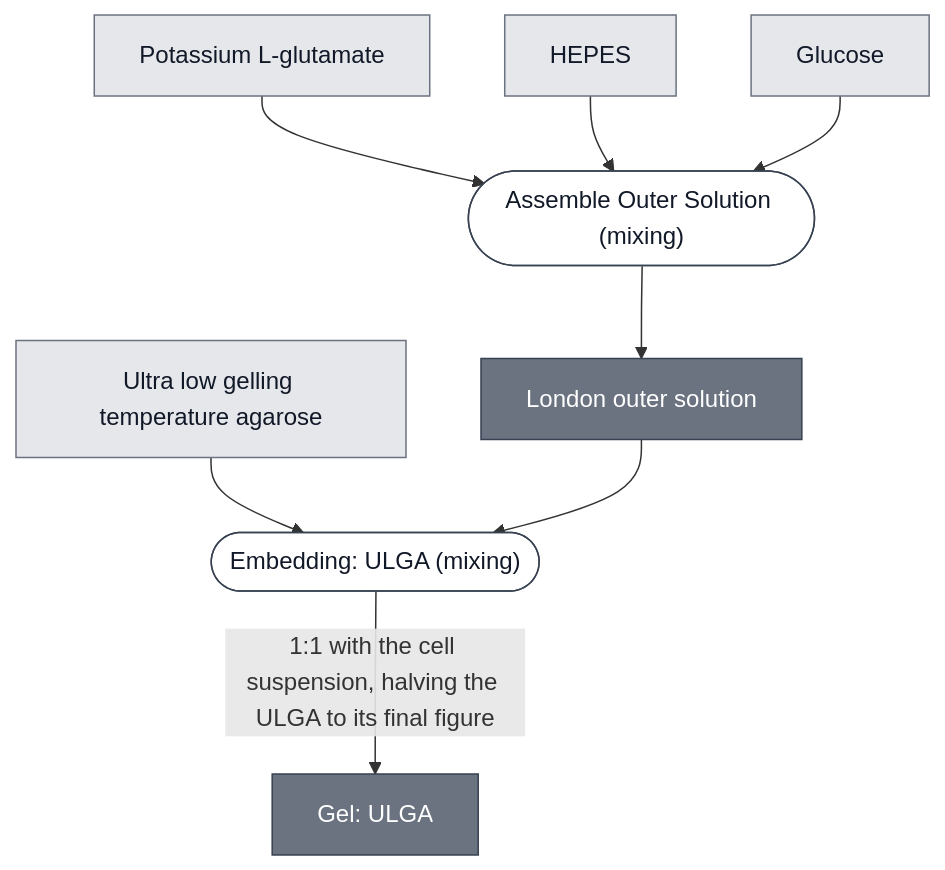
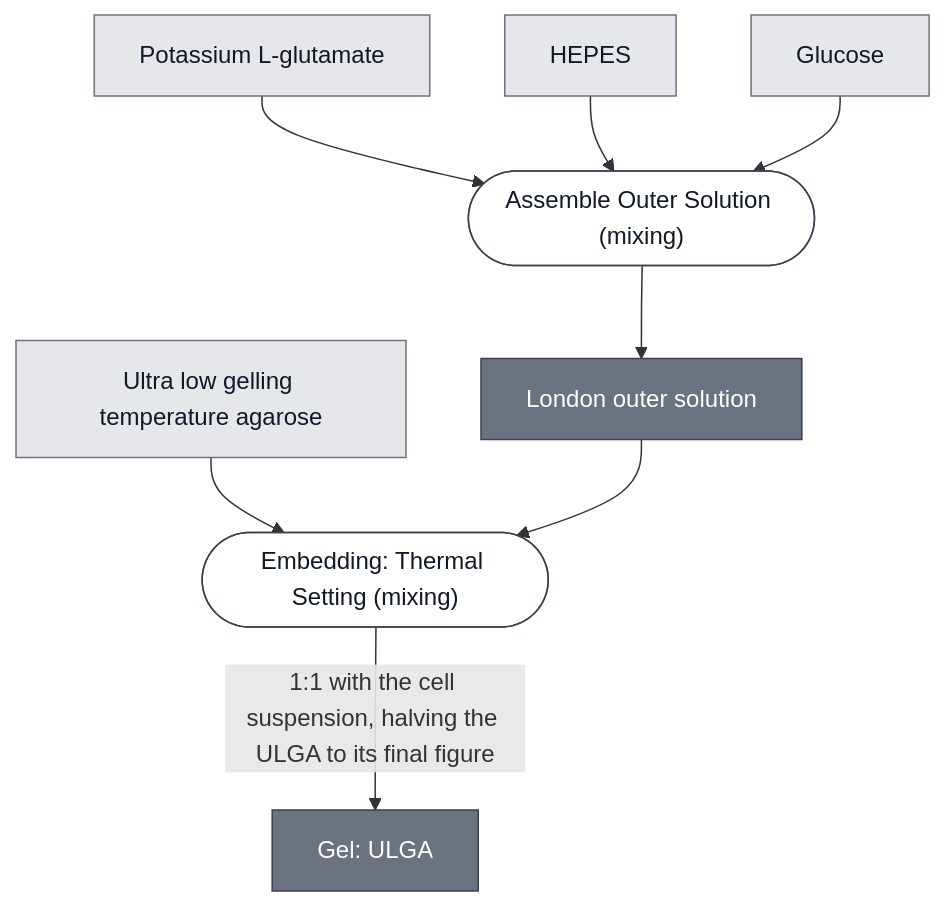
One commit to nucleus-eng/nucleus-docs changed the diagram in docs/modules/gel-ulga/spec.md. Above: the diagram before and after it, drawn with Mermaid. The commit also changed other lines of this file and 50 other files, not shown here.

````diff
--- a/docs/modules/gel-ulga/spec.md
+++ b/docs/modules/gel-ulga/spec.md
@@ -32,33 +32,33 @@
 ```mermaid
 flowchart TD
     ULGA_POWDER["Ultra low gelling temperature agarose"]
     POTASSIUM_GLUTAMATE["Potassium L-glutamate"]
     HEPES["HEPES"]
     GLUCOSE["Glucose"]
 
     P1_ASSEMBLE_OUTER_0(["Assemble Outer Solution (mixing)"])
     OUTER_SOLUTION_LONDON["London outer solution"]
-    P2_SET_THERMAL_0(["Embedding: ULGA (mixing)"])
+    P2_SET_THERMAL_0(["Embedding: Thermal Setting (mixing)"])
     GEL_ULGA["Gel: ULGA"]
 
     POTASSIUM_GLUTAMATE --> P1_ASSEMBLE_OUTER_0
     HEPES --> P1_ASSEMBLE_OUTER_0
     GLUCOSE --> P1_ASSEMBLE_OUTER_0
     P1_ASSEMBLE_OUTER_0 --> OUTER_SOLUTION_LONDON
 
     ULGA_POWDER --> P2_SET_THERMAL_0
     OUTER_SOLUTION_LONDON --> P2_SET_THERMAL_0
     P2_SET_THERMAL_0 -->|"1:1 with the cell suspension, halving the ULGA to its final figure"| GEL_ULGA
 
 
     classDef leaf     fill:#e5e7eb,stroke:#6b7280,color:#111827;
     classDef composed fill:#6b7280,stroke:#374151,color:#ffffff;
     classDef process  fill:#ffffff,stroke:#374151,color:#111827;
     class ULGA_POWDER,POTASSIUM_GLUTAMATE,HEPES,GLUCOSE leaf;
     class OUTER_SOLUTION_LONDON,GEL_ULGA composed;
     class P1_ASSEMBLE_OUTER_0,P2_SET_THERMAL_0 process;
 
     click P1_ASSEMBLE_OUTER_0 "/docs/processes/assemble-outer-solution/main"
-    click P2_SET_THERMAL_0 "/docs/processes/embed-ulga-hydrogel/main"
+    click P2_SET_THERMAL_0 "/docs/processes/embed-thermal-setting/main"
     click GEL_ULGA "/docs/modules/gel-ulga/spec"
 ```
````
